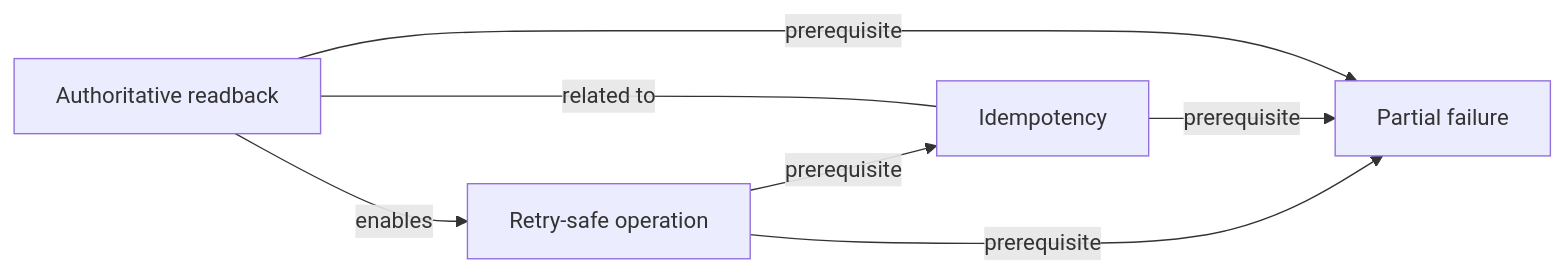
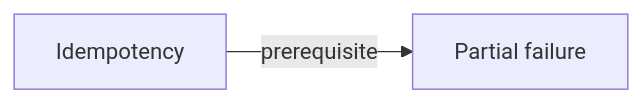
Before and after one commit to FuqingZh/learning-lab: the diagram in maps/concepts/partial-failure.md, drawn with Mermaid. The commit also changed other lines of this file and 42 other files, not shown here.

````diff
--- a/maps/concepts/partial-failure.md
+++ b/maps/concepts/partial-failure.md
@@ -44,13 +42,6 @@
 ```mermaid
 flowchart LR
-  authoritative_readback["Authoritative readback"]
   idempotency["Idempotency"]
   partial_failure["Partial failure"]
-  retry_safe_operation["Retry-safe operation"]
-  authoritative_readback -->|enables| retry_safe_operation
-  authoritative_readback -->|prerequisite| partial_failure
-  authoritative_readback ---|related to| idempotency
   idempotency -->|prerequisite| partial_failure
-  retry_safe_operation -->|prerequisite| idempotency
-  retry_safe_operation -->|prerequisite| partial_failure
 ```
````
